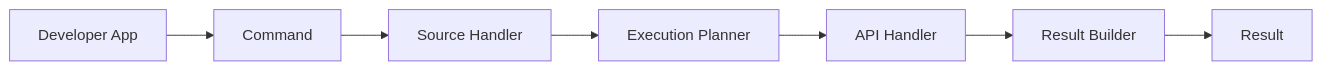
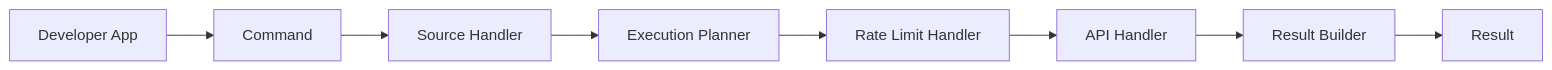
The diagram in docs/explanation/architecture.md (seanbrar/gemini-batch-prediction), drawn with Mermaid before and after one commit. The commit also changed other lines of this file and 302 other files, not shown here.

First line of the commit message:
feat(architecture): complete command pipeline system with production-ready multimodal batch processing (#61)

````diff
--- a/docs/explanation/architecture.md
+++ b/docs/explanation/architecture.md
@@ -71,9 +72,10 @@
 ```mermaid
 flowchart LR
     User[Developer App] --> Command
     Command --> SH[Source Handler]
     SH --> EP[Execution Planner]
-    EP --> AH[API Handler]
+    EP --> RLH[Rate Limit Handler]
+    RLH --> AH[API Handler]
     AH --> RB[Result Builder]
     RB --> Result
 ```
````
